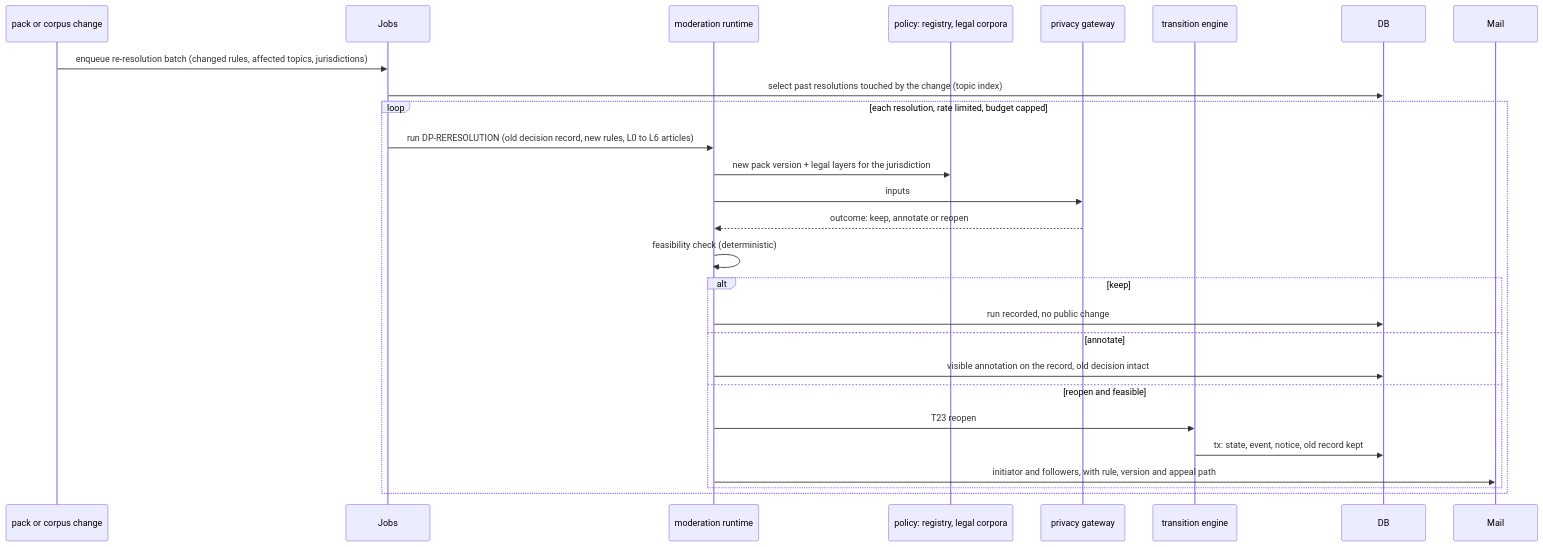
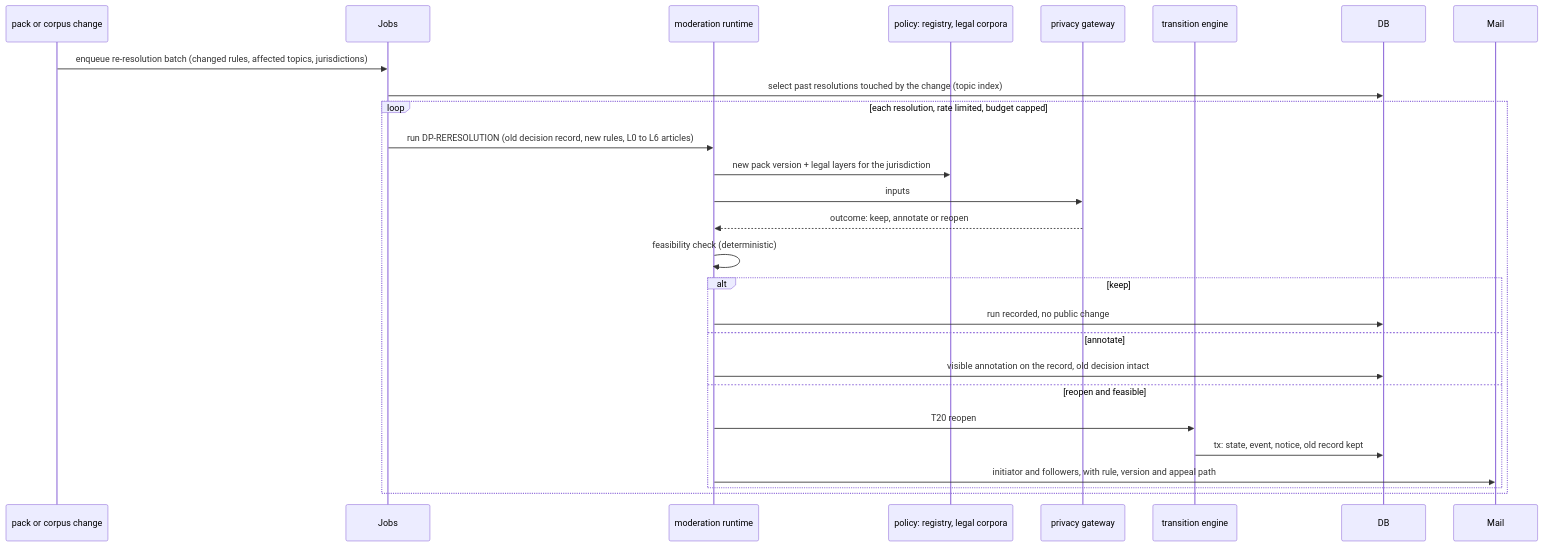
The first of 2 diagrams in docs/design/flows/re-resolution.md (community-action-network-oss/community_action_network_oss), drawn with Mermaid before and after one commit. The commit also changed other lines of this file and 12 other files, not shown here.

````diff
--- a/docs/design/flows/re-resolution.md
+++ b/docs/design/flows/re-resolution.md
@@ -15,29 +15,29 @@
 ```mermaid
 sequenceDiagram
   participant Trig as pack or corpus change
   participant Jobs
   participant Mod as moderation runtime
   participant Pol as policy: registry, legal corpora
   participant GW as privacy gateway
   participant Eng as transition engine
   participant DB
   participant Mail
   Trig->>Jobs: enqueue re-resolution batch (changed rules, affected topics, jurisdictions)
   Jobs->>DB: select past resolutions touched by the change (topic index)
   loop each resolution, rate limited, budget capped
     Jobs->>Mod: run DP-RERESOLUTION (old decision record, new rules, L0 to L6 articles)
     Mod->>Pol: new pack version + legal layers for the jurisdiction
     Mod->>GW: inputs
     GW-->>Mod: outcome: keep, annotate or reopen
     Mod->>Mod: feasibility check (deterministic)
     alt keep
       Mod->>DB: run recorded, no public change
     else annotate
       Mod->>DB: visible annotation on the record, old decision intact
     else reopen and feasible
-      Mod->>Eng: T23 reopen
+      Mod->>Eng: T20 reopen
       Eng->>DB: tx: state, event, notice, old record kept
       Mod->>Mail: initiator and followers, with rule, version and appeal path
     end
   end
 ```
````
